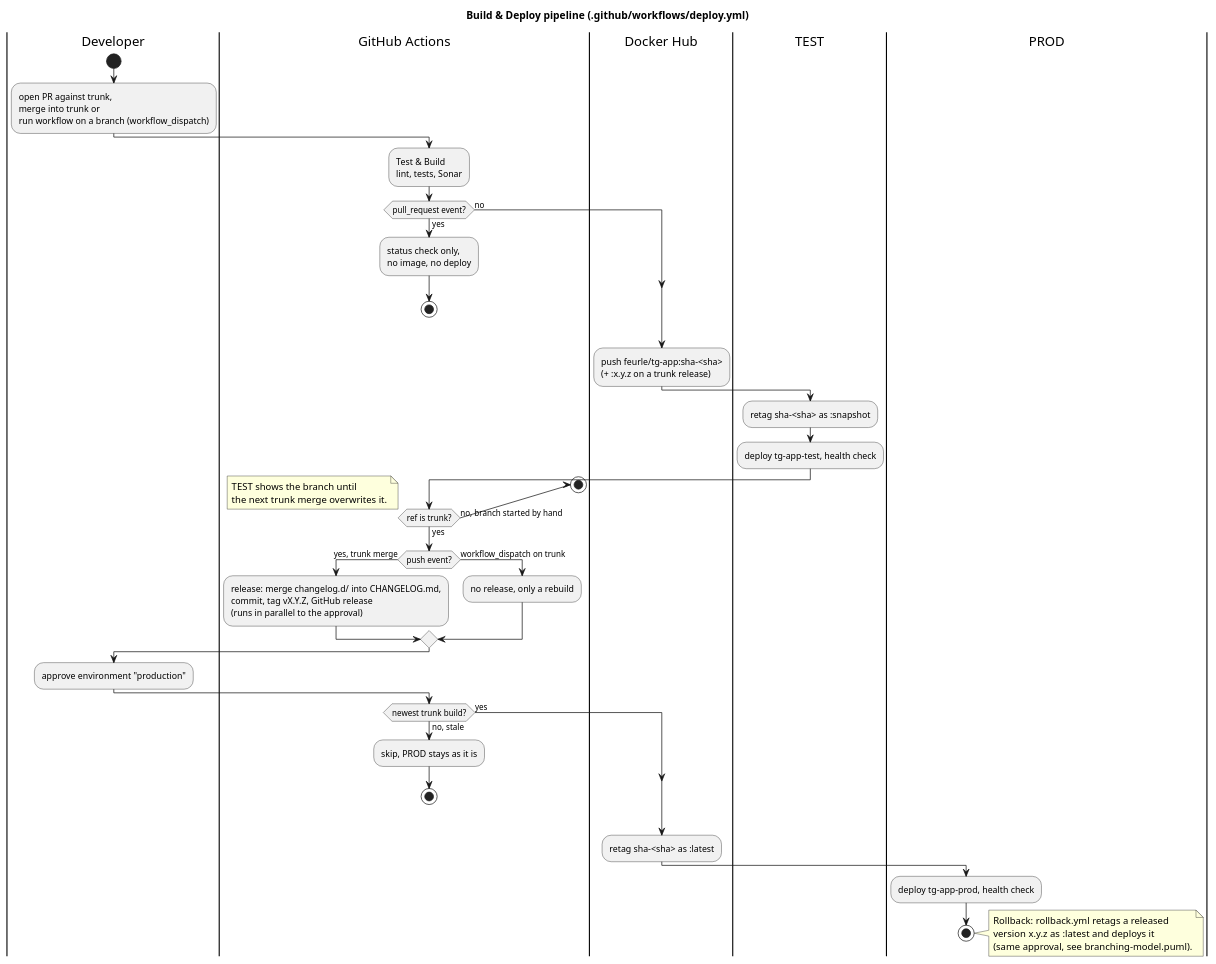
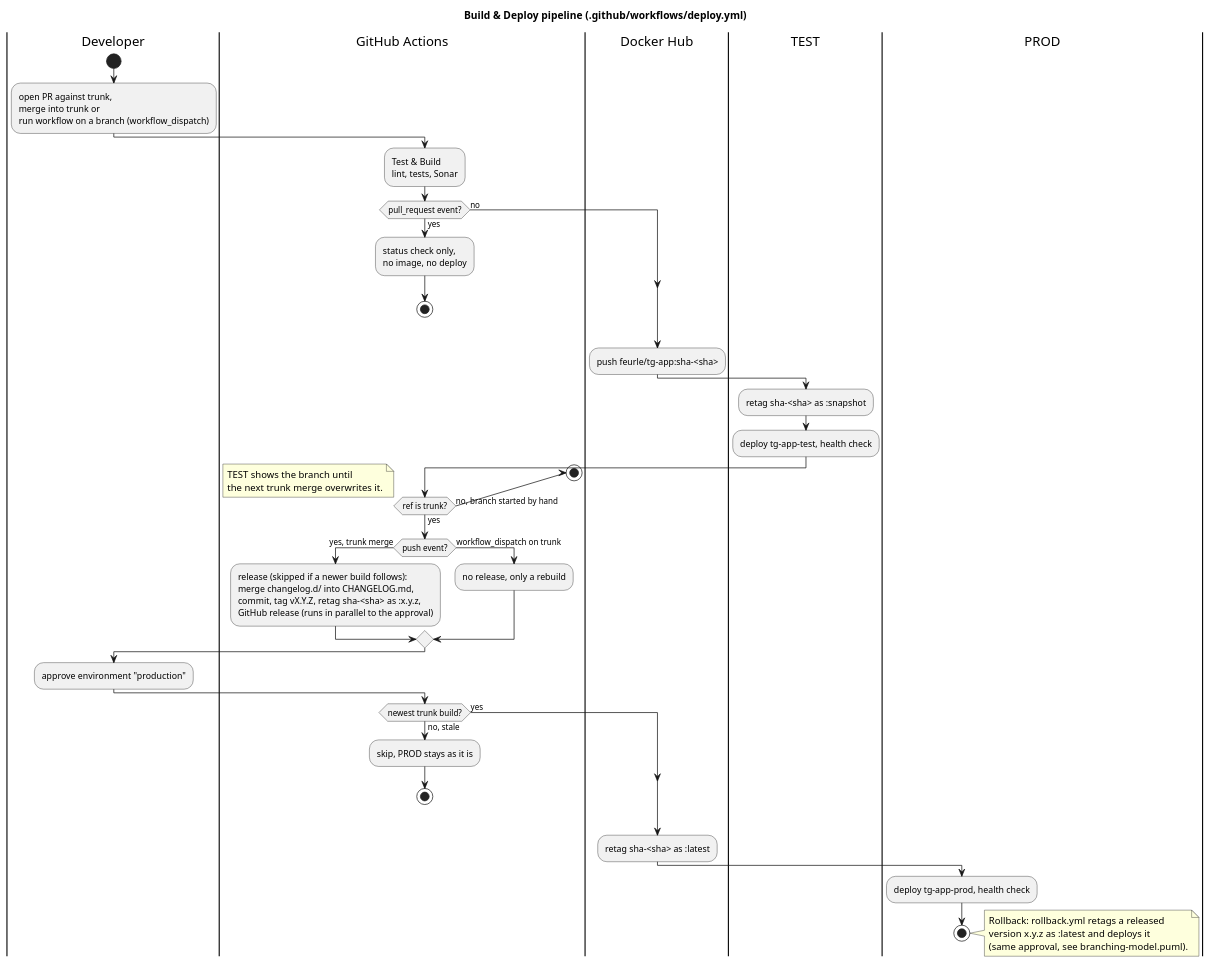
One commit to feurle/tg-app changed the diagram in docs/deployment-pipeline.puml. Above: the diagram before and after it, drawn with PlantUML. The commit also changed 6 other files, not shown here.

```diff
--- a/docs/deployment-pipeline.puml
+++ b/docs/deployment-pipeline.puml
@@ -1,61 +1,61 @@
 @startuml
 'https://plantuml.com/activity-diagram-beta
 title Build & Deploy pipeline (.github/workflows/deploy.yml)
 
 |Developer|
 start
 :open PR against trunk,\nmerge into trunk or\nrun workflow on a branch (workflow_dispatch);
 
 |GitHub Actions|
 :Test & Build\nlint, tests, Sonar;
 if (pull_request event?) then (yes)
   :status check only,\nno image, no deploy;
   stop
 else (no)
 endif
 
 |Docker Hub|
-:push feurle/tg-app:sha-<sha>\n(+ :x.y.z on a trunk release);
+:push feurle/tg-app:sha-<sha>;
 
 |TEST|
 :retag sha-<sha> as :snapshot;
 :deploy tg-app-test, health check;
 
 |GitHub Actions|
 if (ref is trunk?) then (no, branch started by hand)
   note right
     TEST shows the branch until
     the next trunk merge overwrites it.
   end note
   stop
 else (yes)
 endif
 if (push event?) then (yes, trunk merge)
-  :release: merge changelog.d/ into CHANGELOG.md,\ncommit, tag vX.Y.Z, GitHub release\n(runs in parallel to the approval);
+  :release (skipped if a newer build follows):\nmerge changelog.d/ into CHANGELOG.md,\ncommit, tag vX.Y.Z, retag sha-<sha> as :x.y.z,\nGitHub release (runs in parallel to the approval);
 else (workflow_dispatch on trunk)
   :no release, only a rebuild;
 endif
 
 |Developer|
 :approve environment "production";
 
 |GitHub Actions|
 if (newest trunk build?) then (no, stale)
   :skip, PROD stays as it is;
   stop
 else (yes)
 endif
 
 |Docker Hub|
 :retag sha-<sha> as :latest;
 
 |PROD|
 :deploy tg-app-prod, health check;
 stop
 
 note right
   Rollback: rollback.yml retags a released
   version x.y.z as :latest and deploys it
   (same approval, see branching-model.puml).
 end note
 @enduml
```
